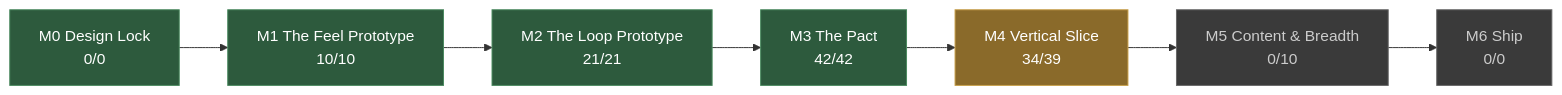
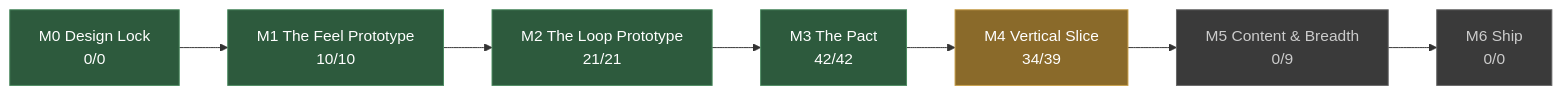
Before and after one commit to JoshuaGessner/she: the diagram in docs/STATUS.md, drawn with Mermaid. The commit also changed other lines of this file and 3 other files, not shown here.

````diff
--- a/docs/STATUS.md
+++ b/docs/STATUS.md
@@ -13,19 +13,19 @@
 ```mermaid
 flowchart LR
   M0["M0 Design Lock<br/>0/0"]:::passed
   M1["M1 The Feel Prototype<br/>10/10"]:::passed
   M0 --> M1
   M2["M2 The Loop Prototype<br/>21/21"]:::passed
   M1 --> M2
   M3["M3 The Pact<br/>42/42"]:::passed
   M2 --> M3
   M4["M4 Vertical Slice<br/>34/39"]:::current
   M3 --> M4
-  M5["M5 Content & Breadth<br/>0/10"]:::ahead
+  M5["M5 Content & Breadth<br/>0/9"]:::ahead
   M4 --> M5
   M6["M6 Ship<br/>0/0"]:::ahead
   M5 --> M6
   classDef passed fill:#2d5a3d,stroke:#4a8a5f,color:#fff
   classDef current fill:#8a6a2a,stroke:#c8a04a,color:#fff
   classDef ahead fill:#3a3a3a,stroke:#666,color:#ccc
 ```
````
